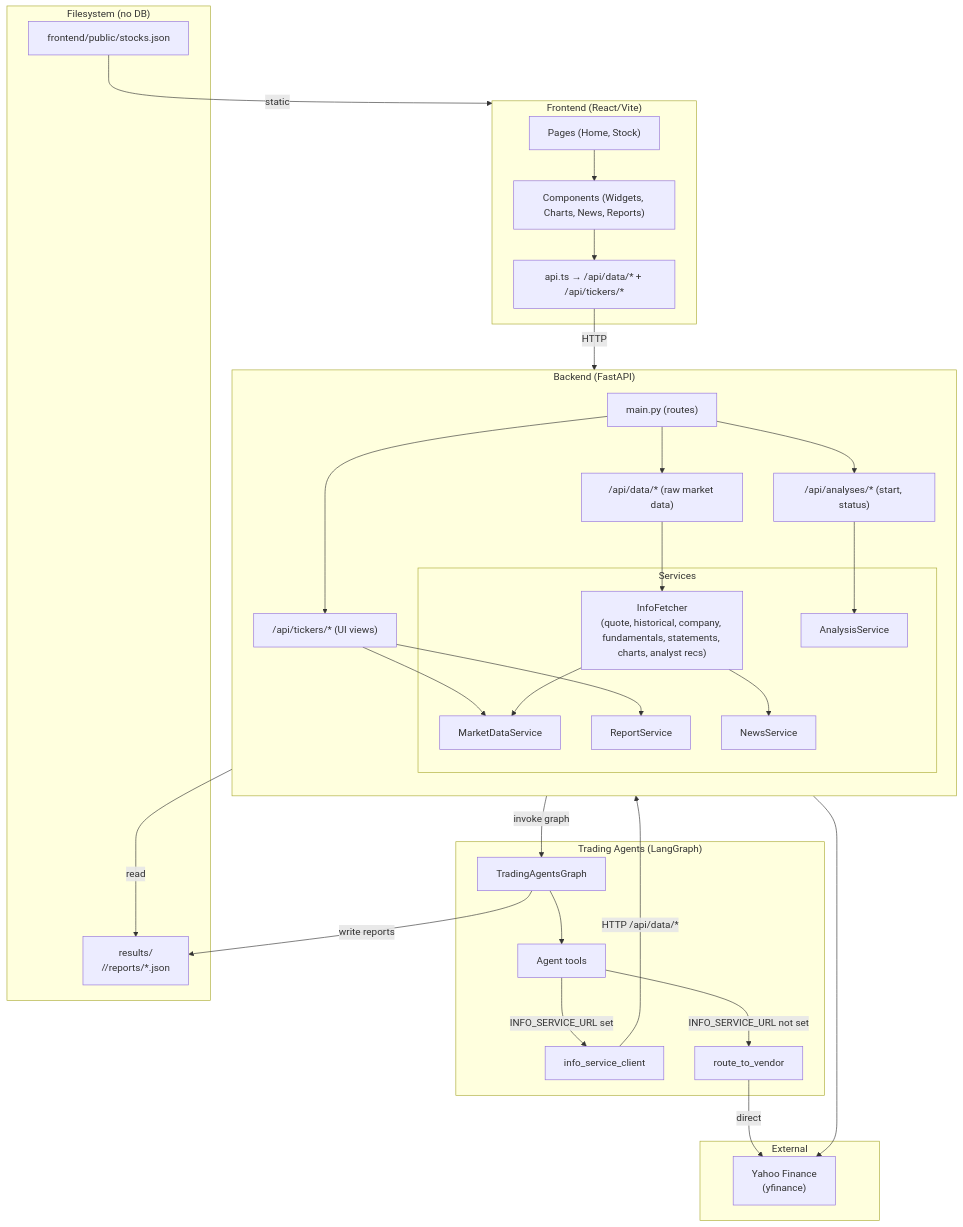
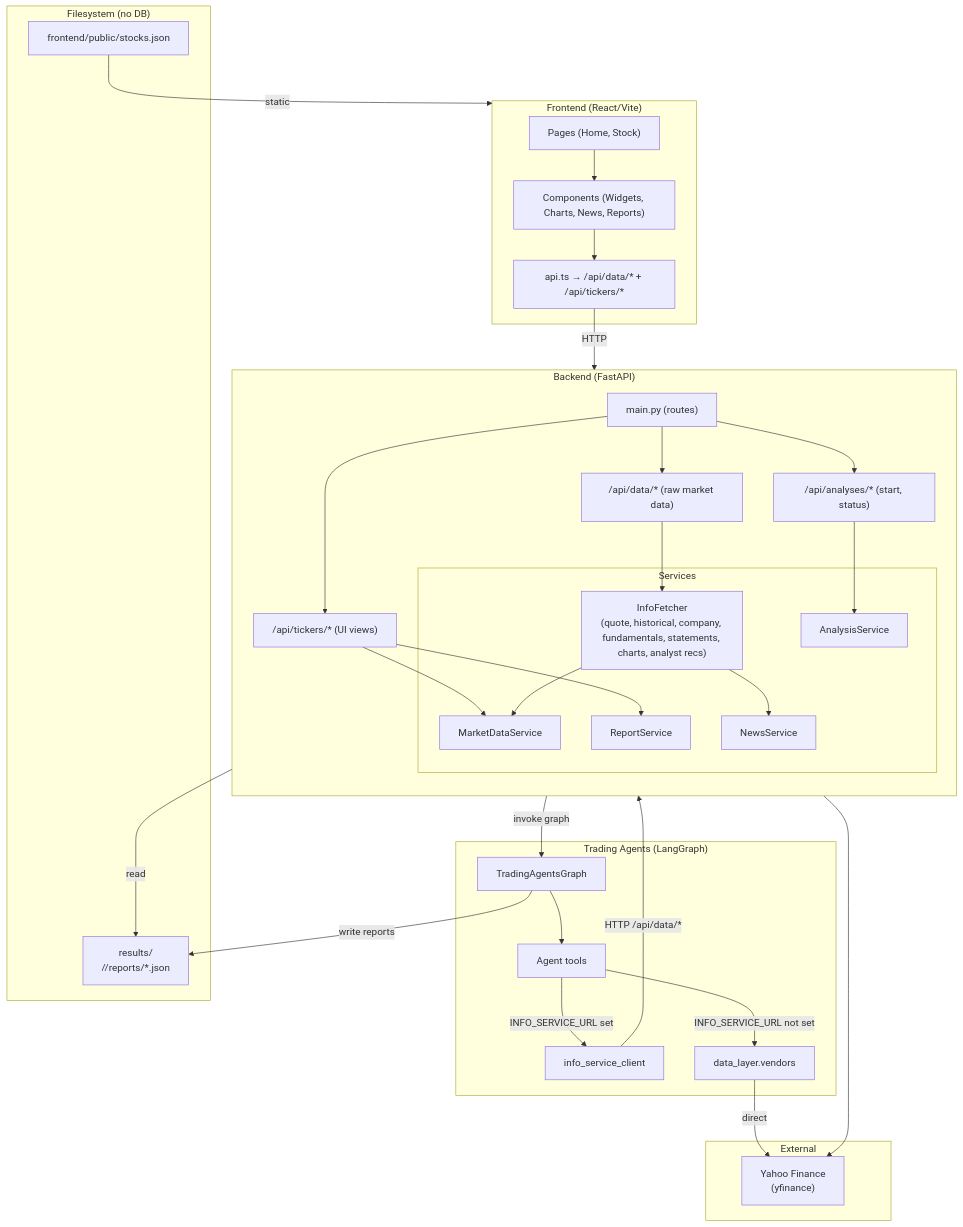
The diagram in docs/ARCHITECTURE.md (kourgeorge/flowdeck), drawn with Mermaid before and after one commit. The commit also changed other lines of this file and 58 other files, not shown here.

First line of the commit message:
refactor: data layer architecture - single entry point for 3rd party data

````diff
--- a/docs/ARCHITECTURE.md
+++ b/docs/ARCHITECTURE.md
@@ -9,62 +9,62 @@
 ```mermaid
 flowchart TB
     subgraph UI["Frontend (React/Vite)"]
         Pages["Pages (Home, Stock)"]
         Components["Components (Widgets, Charts, News, Reports)"]
         API_Client["api.ts → /api/data/* + /api/tickers/*"]
         Pages --> Components
         Components --> API_Client
     end
 
     subgraph Backend["Backend (FastAPI)"]
         direction TB
         Main["main.py (routes)"]
         API_Data["/api/data/* (raw market data)"]
         API_Stocks["/api/tickers/* (UI views)"]
         API_Analyses["/api/analyses/* (start, status)"]
         Main --> API_Data
         Main --> API_Stocks
         Main --> API_Analyses
 
         subgraph Services["Services"]
             InfoFetcher["InfoFetcher\n(quote, historical, company, fundamentals, statements, charts, analyst recs)"]
             MarketData["MarketDataService"]
             NewsSvc["NewsService"]
             ReportSvc["ReportService"]
             AnalysisSvc["AnalysisService"]
         end
 
         API_Data --> InfoFetcher
         API_Stocks --> MarketData
         API_Stocks --> ReportSvc
         InfoFetcher --> MarketData
         InfoFetcher --> NewsSvc
         API_Analyses --> AnalysisSvc
     end
 
     subgraph Agents["Trading Agents (LangGraph)"]
         Graph["TradingAgentsGraph"]
         Tools["Agent tools"]
         Graph --> Tools
         Tools --> |"INFO_SERVICE_URL set"| InfoClient["info_service_client"]
-        Tools --> |"INFO_SERVICE_URL not set"| RouteVendor["route_to_vendor"]
+        Tools --> |"INFO_SERVICE_URL not set"| Vendors["data_layer.vendors"]
     end
 
     subgraph External["External"]
         Yahoo["Yahoo Finance\n(yfinance)"]
     end
 
     subgraph FS["Filesystem (no DB)"]
         Results["results/\n<TICKER>/<DATE>/reports/*.json"]
         StocksJson["frontend/public/stocks.json"]
     end
 
     API_Client -->|"HTTP"| Backend
     InfoClient -->|"HTTP /api/data/*"| Backend
-    RouteVendor -->|"direct"| Yahoo
+    Vendors -->|"direct"| Yahoo
     InfoFetcher --> Yahoo
     ReportSvc -->|"read"| Results
     AnalysisSvc -->|"invoke graph"| Graph
     Graph -->|"write reports"| Results
     StocksJson -->|"static"| UI
 ```
````
